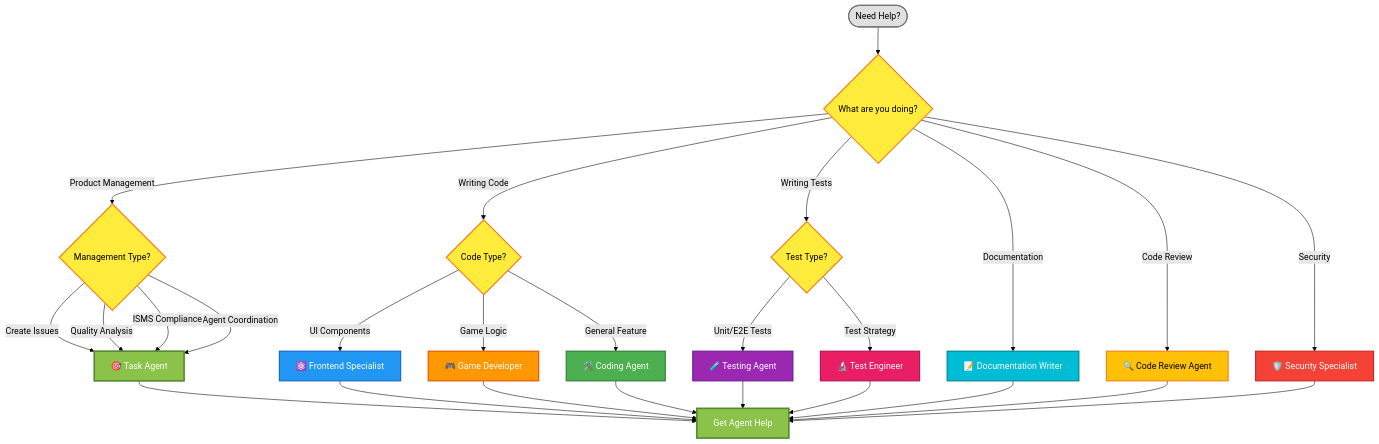
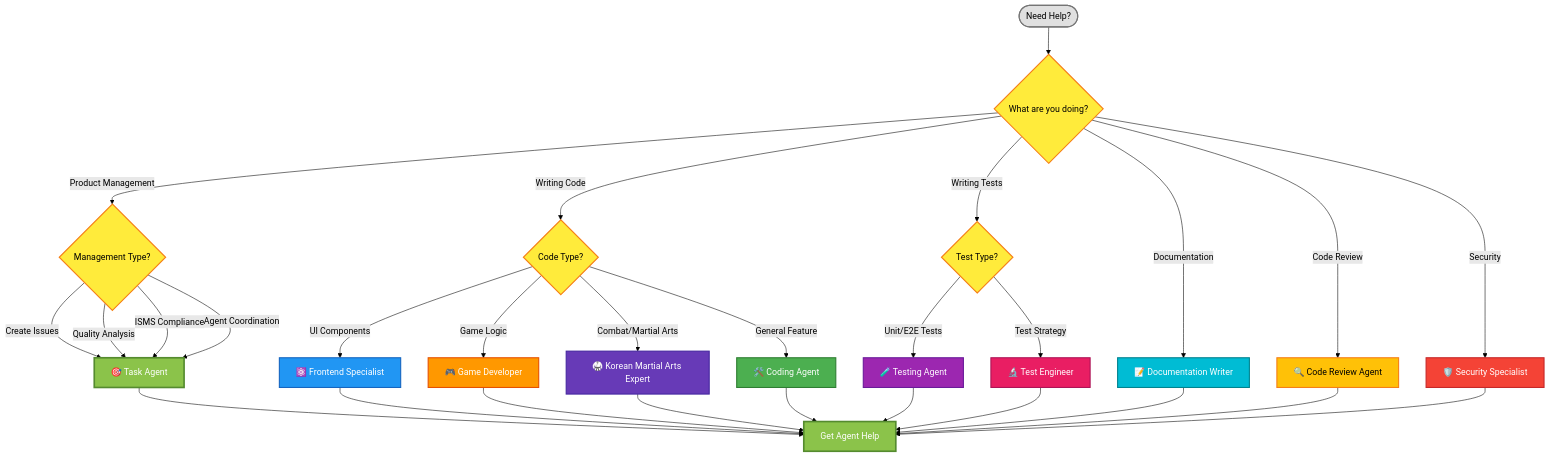
Before and after one commit to Hack23/blacktrigram: the third of 5 diagrams in .github/agents/README.md, drawn with Mermaid (forest theme). The commit also changed other lines of this file and 1 other file, not shown here.

Commit message:
Add Korean Martial Arts Expert agent with Hapkido, Taekwondo, and Taekyon expertise

````diff
--- a/.github/agents/README.md
+++ b/.github/agents/README.md
@@ -362,49 +365,52 @@
 ```mermaid
 flowchart TD
     Start([Need Help?]) --> Type{What are you doing?}
     
     Type -->|Product Management| Management{Management Type?}
     Management -->|Create Issues| TaskAgent[🎯 Task Agent]
     Management -->|Quality Analysis| TaskAgent
     Management -->|ISMS Compliance| TaskAgent
     Management -->|Agent Coordination| TaskAgent
     
     Type -->|Writing Code| Code{Code Type?}
     Code -->|UI Components| Frontend[⚛️ Frontend Specialist]
     Code -->|Game Logic| Game[🎮 Game Developer]
+    Code -->|Combat/Martial Arts| MartialArts[🥋 Korean Martial Arts Expert]
     Code -->|General Feature| Coding[🛠️ Coding Agent]
     
     Type -->|Writing Tests| TestType{Test Type?}
     TestType -->|Unit/E2E Tests| Testing[🧪 Testing Agent]
     TestType -->|Test Strategy| TestEng[🔬 Test Engineer]
     
     Type -->|Documentation| Docs[📝 Documentation Writer]
     Type -->|Code Review| Review[🔍 Code Review Agent]
     Type -->|Security| Security[🛡️ Security Specialist]
     
     TaskAgent --> Action[Get Agent Help]
     Frontend --> Action
     Game --> Action
+    MartialArts --> Action
     Coding --> Action
     Testing --> Action
     TestEng --> Action
     Docs --> Action
     Review --> Action
     Security --> Action
     
     style Start fill:#E0E0E0,stroke:#757575,stroke-width:2px,color:#000
     style Type fill:#FFEB3B,stroke:#F57F17,stroke-width:2px,color:#000
     style Management fill:#FFEB3B,stroke:#F57F17,stroke-width:2px,color:#000
     style Code fill:#FFEB3B,stroke:#F57F17,stroke-width:2px,color:#000
     style TestType fill:#FFEB3B,stroke:#F57F17,stroke-width:2px,color:#000
     style TaskAgent fill:#8BC34A,stroke:#558B2F,stroke-width:3px,color:#fff
     style Frontend fill:#2196F3,stroke:#1565C0,stroke-width:2px,color:#fff
     style Game fill:#FF9800,stroke:#E65100,stroke-width:2px,color:#fff
+    style MartialArts fill:#673AB7,stroke:#4527A0,stroke-width:2px,color:#fff
     style Coding fill:#4CAF50,stroke:#2E7D32,stroke-width:2px,color:#fff
     style Testing fill:#9C27B0,stroke:#6A1B9A,stroke-width:2px,color:#fff
     style TestEng fill:#E91E63,stroke:#AD1457,stroke-width:2px,color:#fff
     style Docs fill:#00BCD4,stroke:#00838F,stroke-width:2px,color:#fff
     style Review fill:#FFC107,stroke:#F57F17,stroke-width:2px,color:#000
     style Security fill:#F44336,stroke:#C62828,stroke-width:2px,color:#fff
     style Action fill:#8BC34A,stroke:#558B2F,stroke-width:3px,color:#fff
 ```
````
